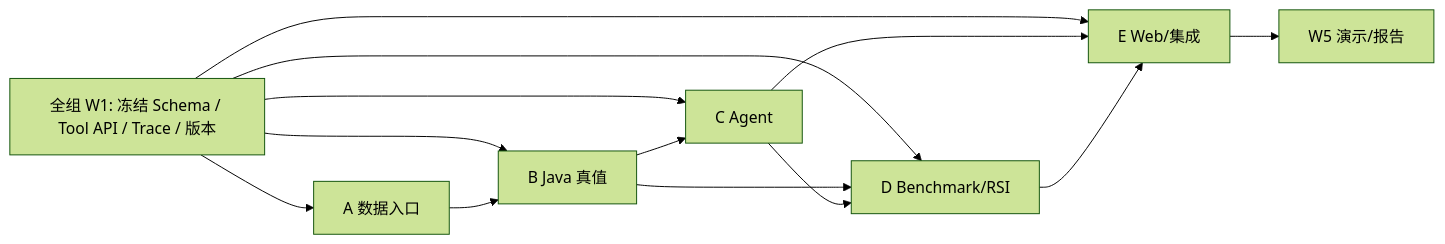
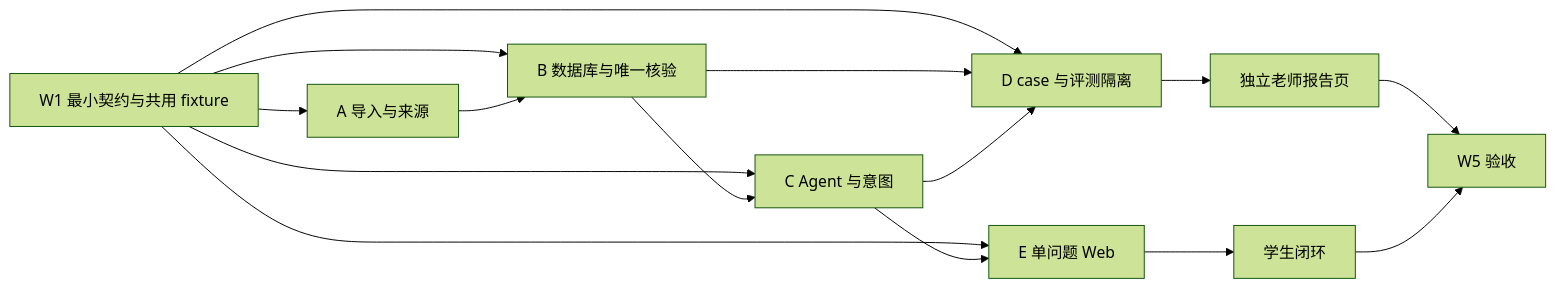
The diagram in docs/05-team-and-sub-trds.md (HelicasECoode42/CoursePilot-Evo), drawn with Mermaid (forest theme) before and after one commit. The commit also changed other lines of this file and 45 other files, not shown here.

````diff
--- a/docs/05-team-and-sub-trds.md
+++ b/docs/05-team-and-sub-trds.md
@@ -15,15 +15,17 @@
 ```mermaid
 flowchart LR
-  F[全组 W1: 冻结 Schema / Tool API / Trace / 版本] --> A[A 数据入口]
-  F --> B[B Java 真值]
-  F --> C[C Agent]
-  F --> D[D Benchmark/RSI]
-  F --> E[E Web/集成]
+  F[W1 最小契约与共用 fixture] --> A[A 导入与来源]
+  F --> B[B 数据库与唯一核验]
+  F --> C[C Agent 与意图]
+  F --> D[D case 与评测隔离]
+  F --> E[E 单问题 Web]
   A --> B
   B --> C
   B --> D
   C --> D
   C --> E
-  D --> E
-  E --> DEMO[W5 演示/报告]
+  D --> R[独立老师报告页]
+  E --> S[学生闭环]
+  R --> V[W5 验收]
+  S --> V
 ```
````
